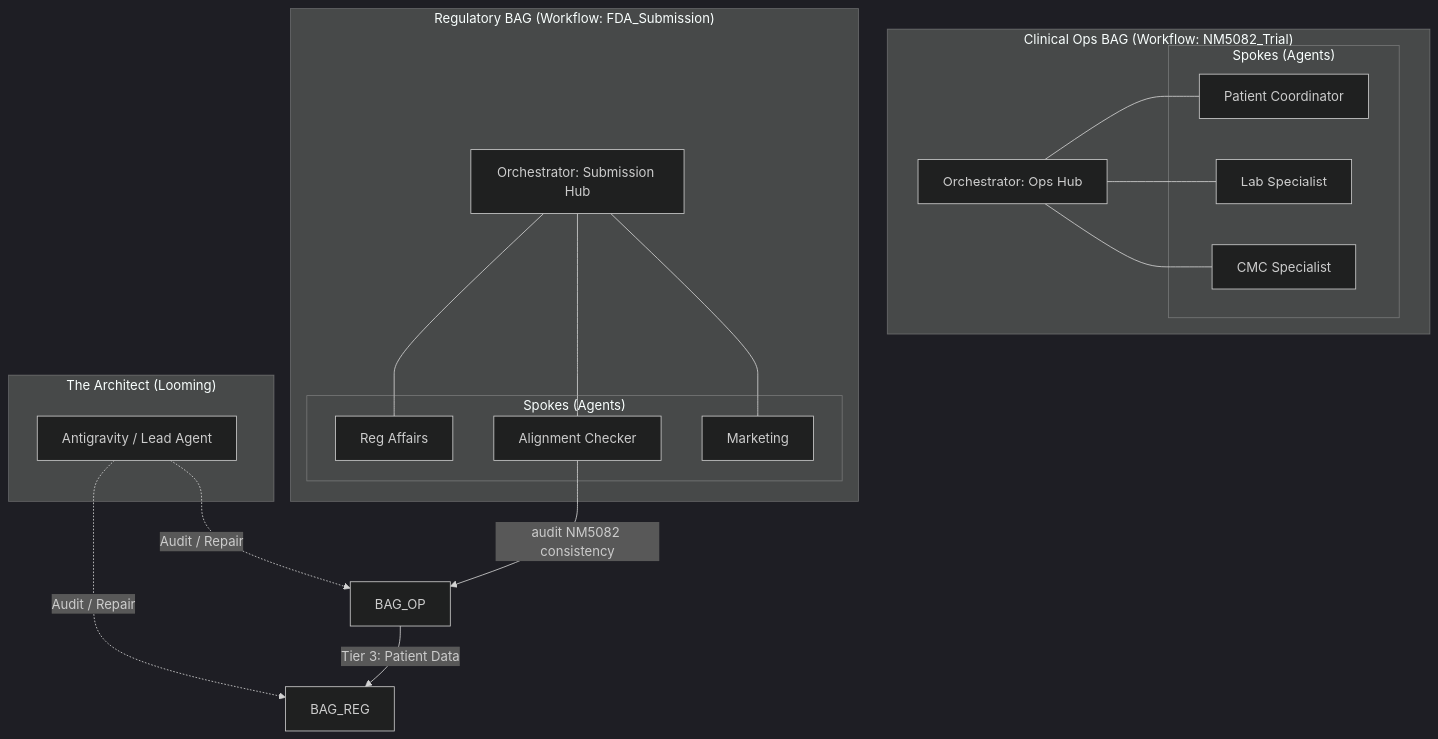
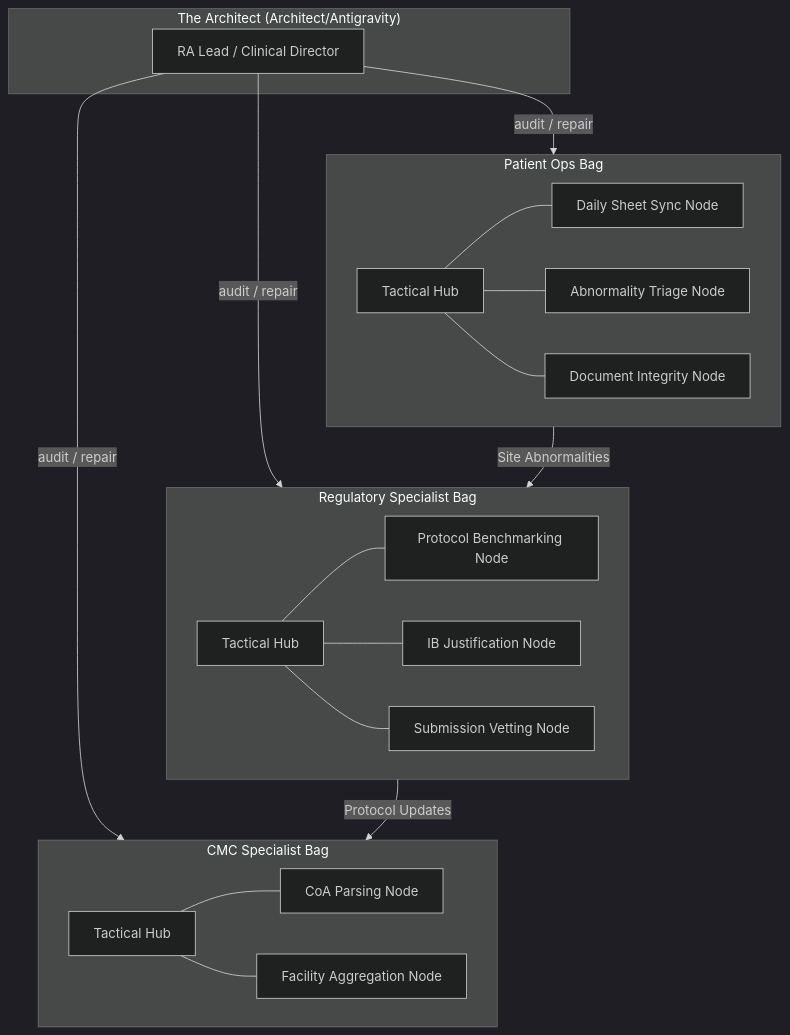
One commit to aaronjrod/clawgraph changed the diagram in examples/cto/ARCHITECTURE.md. Above: the diagram before and after it, drawn with Mermaid (dark theme). The commit also changed other lines of this file and 10 other files, not shown here.

Commit message:
docs: pivot CTO example to One Bag Per Specialist architecture

````diff
--- a/examples/cto/ARCHITECTURE.md
+++ b/examples/cto/ARCHITECTURE.md
@@ -8,36 +8,41 @@
 ```mermaid
 graph TD
-    subgraph "The Architect (Looming)"
-        SO[Antigravity / Lead Agent]
+    subgraph "The Architect (Architect/Antigravity)"
+        SO[RA Lead / Clinical Director]
     end
 
-    SO -.->|Audit / Repair| BAG_OP
-    SO -.->|Audit / Repair| BAG_REG
+    SO -- "audit / repair" --> REG_BAG
+    SO -- "audit / repair" --> CMC_BAG
+    SO -- "audit / repair" --> OPS_BAG
 
-    subgraph "Clinical Ops BAG (Workflow: NM5082_Trial)"
-        OR_OP[Orchestrator: Ops Hub]
-        subgraph "Spokes (Agents)"
-            PC[Patient Coordinator]
-            LAB[Lab Specialist]
-            CMC[CMC Specialist]
-        end
-        OR_OP --- PC
-        OR_OP --- LAB
-        OR_OP --- CMC
+    subgraph REG_BAG ["Regulatory Specialist Bag"]
+        OR_REG[Tactical Hub]
+        N_REG1[Protocol Benchmarking Node]
+        N_REG2[IB Justification Node]
+        N_REG3[Submission Vetting Node]
+        OR_REG --- N_REG1
+        OR_REG --- N_REG2
+        OR_REG --- N_REG3
     end
 
-    subgraph "Regulatory BAG (Workflow: FDA_Submission)"
-        OR_REG[Orchestrator: Submission Hub]
-        subgraph "Spokes (Agents)"
-            RA[Reg Affairs]
-            CHK[Alignment Checker]
-            MKT[Marketing]
-        end
-        OR_REG --- RA
-        OR_REG --- CHK
-        OR_REG --- MKT
+    subgraph CMC_BAG ["CMC Specialist Bag"]
+        OR_CMC[Tactical Hub]
+        N_CMC1[CoA Parsing Node]
+        N_CMC2[Facility Aggregation Node]
+        OR_CMC --- N_CMC1
+        OR_CMC --- N_CMC2
     end
 
-    BAG_OP -- "Tier 3: Patient Data" --> BAG_REG
-    CHK -- "audit NM5082 consistency" --> BAG_OP
+    subgraph OPS_BAG ["Patient Ops Bag"]
+        OR_OPS[Tactical Hub]
+        N_OPS1[Daily Sheet Sync Node]
+        N_OPS2[Abnormality Triage Node]
+        N_OPS3[Document Integrity Node]
+        OR_OPS --- N_OPS1
+        OR_OPS --- N_OPS2
+        OR_OPS --- N_OPS3
+    end
+
+    OPS_BAG -- "Site Abnormalities" --> REG_BAG
+    REG_BAG -- "Protocol Updates" --> CMC_BAG
 ```
````
